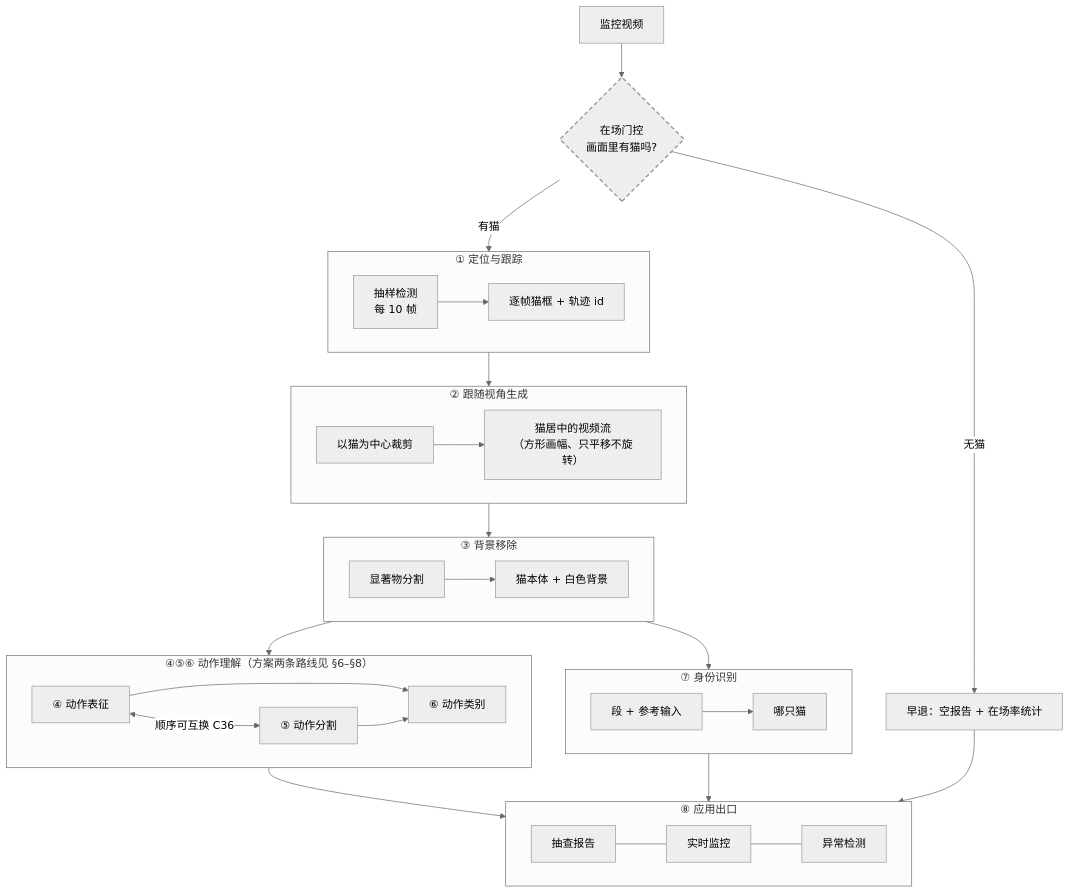
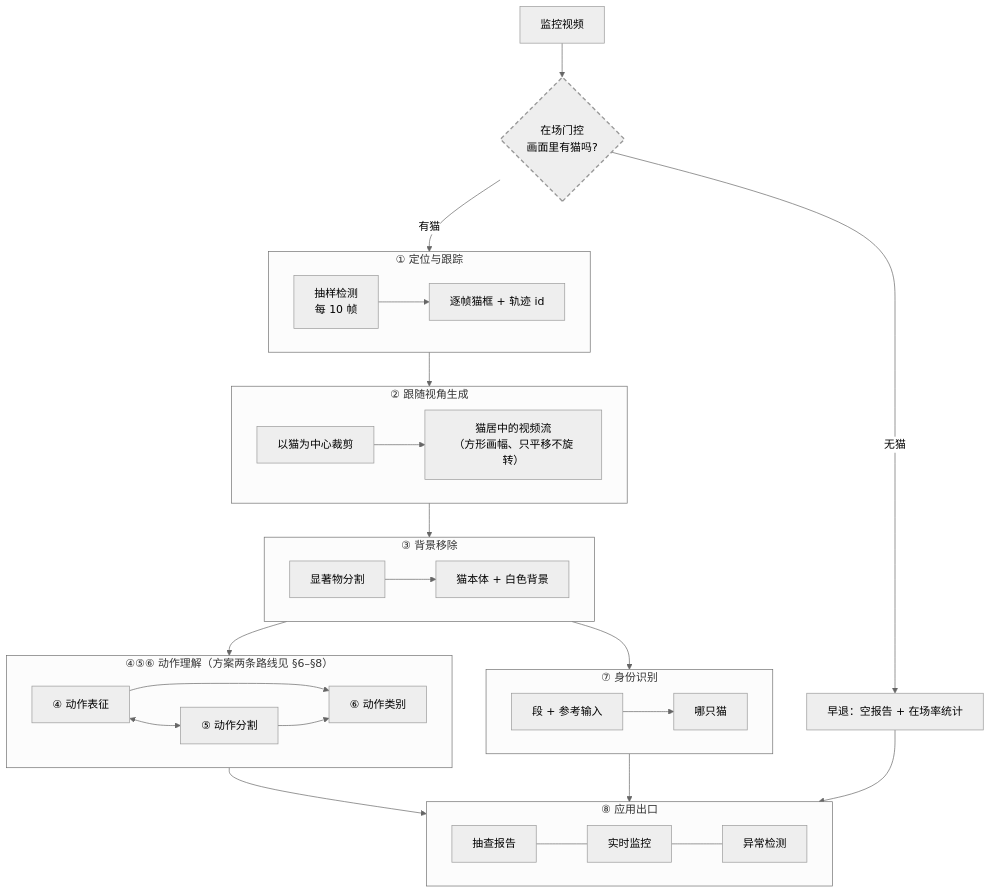
The first of 4 diagrams in management/docs/architecture.md (gongshangzheng/pet-action-recognition), drawn with Mermaid (neutral theme) before and after one commit. The commit also changed other lines of this file, not shown here.

Commit message:
docs(architecture): 总图内清除 C36 等决策编号表述（决策引用只保留在速览与环节讲解）

````diff
--- a/management/docs/architecture.md
+++ b/management/docs/architecture.md
@@ -26,48 +26,48 @@
 ```mermaid
 flowchart TD
     V[监控视频] --> GATE{"在场门控<br/>画面里有猫吗?"}
     GATE -->|"无猫"| EMPTY["早退：空报告 + 在场率统计"]
     GATE -->|"有猫"| S1
 
     subgraph S1["① 定位与跟踪"]
         direction LR
         A1["抽样检测<br/>每 10 帧"] --> A2["逐帧猫框 + 轨迹 id"]
     end
 
     subgraph S2["② 跟随视角生成"]
         direction LR
         B1["以猫为中心裁剪"] --> B2["猫居中的视频流<br/>（方形画幅、只平移不旋转）"]
     end
 
     subgraph S3["③ 背景移除"]
         direction LR
         C1["显著物分割"] --> C2["猫本体 + 白色背景"]
     end
 
     subgraph S46["④⑤⑥ 动作理解（方案两条路线见 §6–§8）"]
         direction LR
-        D1["④ 动作表征"] <-->|"顺序可互换 C36"| D2["⑤ 动作分割"]
+        D1["④ 动作表征"] <--> D2["⑤ 动作分割"]
         D1 --> D3["⑥ 动作类别"]
         D2 --> D3
     end
 
     subgraph S7["⑦ 身份识别"]
         direction LR
         E1["段 + 参考输入"] --> E2["哪只猫"]
     end
 
     subgraph S8["⑧ 应用出口"]
         direction LR
         F1["抽查报告"] --- F2["实时监控"] --- F3["异常检测"]
     end
 
     S1 --> S2
     S2 --> S3
     S3 --> S46
     S46 --> S8
     S3 --> S7
     S7 --> S8
     EMPTY --> S8
 
     style GATE stroke-dasharray: 6 4,stroke-width:2px
 ```
````
